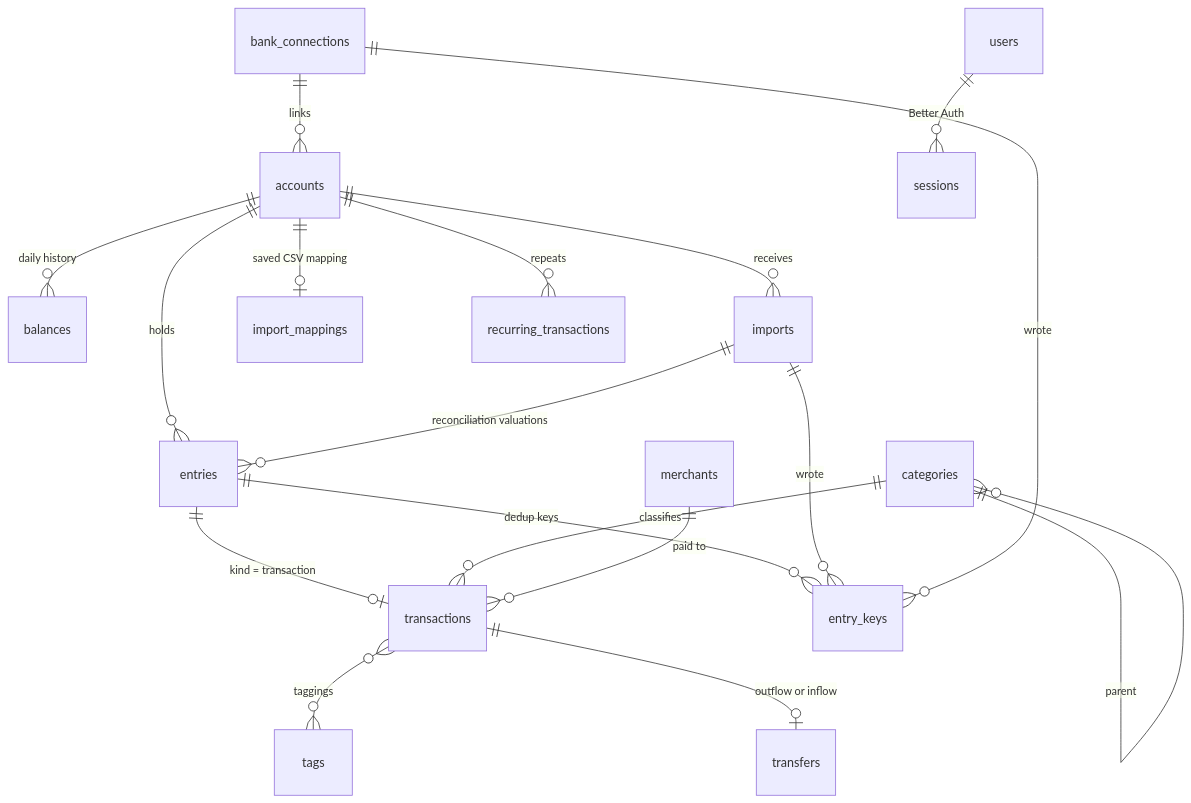
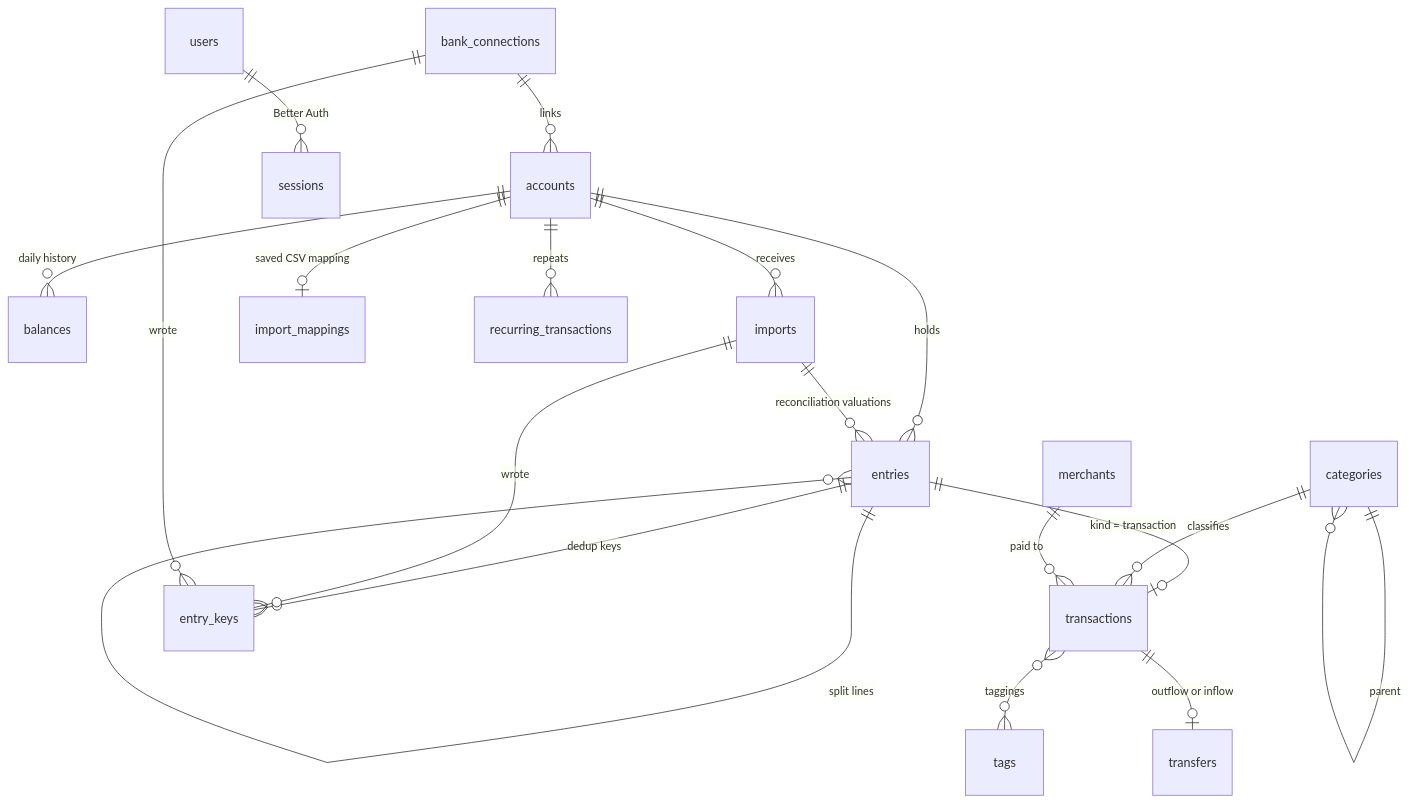
Before and after one commit to leger-dosage/archant: the second of 3 diagrams in docs/architecture.md, drawn with Mermaid. The commit also changed other lines of this file and 55 other files, not shown here.

````diff
--- a/docs/architecture.md
+++ b/docs/architecture.md
@@ -276,20 +276,21 @@
 ```mermaid
 erDiagram
   accounts ||--o{ entries : holds
   accounts ||--o{ balances : "daily history"
   entries ||--o| transactions : "kind = transaction"
   entries ||--o{ entry_keys : "dedup keys"
+  entries ||--o{ entries : "split lines"
   imports ||--o{ entry_keys : wrote
   imports ||--o{ entries : "reconciliation valuations"
   accounts ||--o{ imports : receives
   accounts ||--o| import_mappings : "saved CSV mapping"
   categories ||--o{ transactions : classifies
   categories ||--o{ categories : parent
   merchants ||--o{ transactions : "paid to"
   transactions }o--o{ tags : taggings
   transactions ||--o| transfers : "outflow or inflow"
   bank_connections ||--o{ accounts : links
   bank_connections ||--o{ entry_keys : wrote
   accounts ||--o{ recurring_transactions : repeats
   users ||--o{ sessions : "Better Auth"
 ```
````
